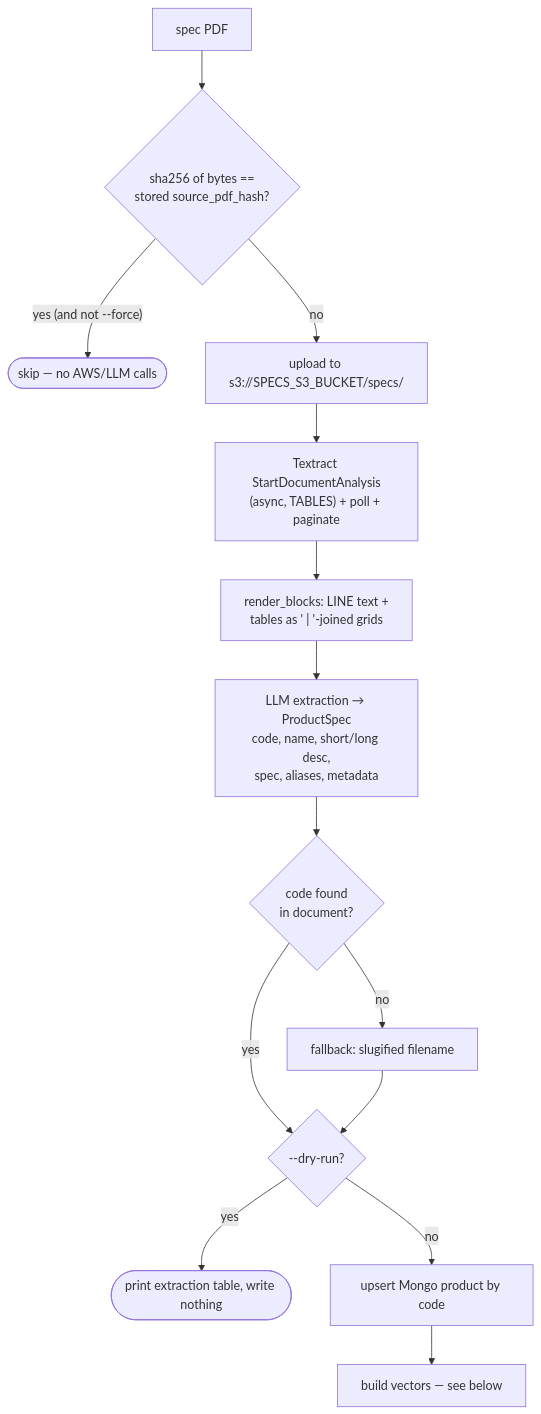
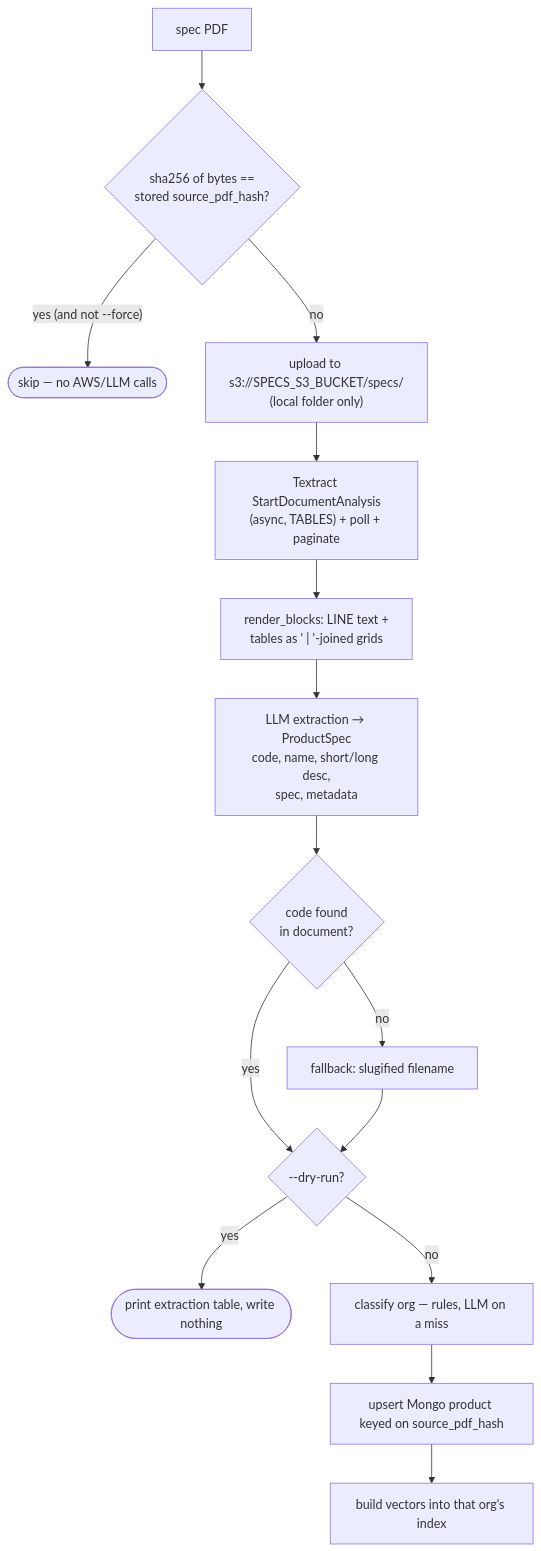
The second of 4 diagrams in docs/embeddings-and-vector-search.md (pranav-tractus/harness_agents), drawn with Mermaid before and after one commit. The commit also changed other lines of this file and 51 other files, not shown here.

````diff
--- a/docs/embeddings-and-vector-search.md
+++ b/docs/embeddings-and-vector-search.md
@@ -45,16 +54,17 @@
 ```mermaid
 flowchart TB
   PDF[spec PDF] --> HASH{"sha256 of bytes ==<br/>stored source_pdf_hash?"}
   HASH -- "yes (and not --force)" --> SKIP(["skip — no AWS/LLM calls"])
-  HASH -- no --> UP["upload to s3://SPECS_S3_BUCKET/specs/"]
+  HASH -- no --> UP["upload to s3://SPECS_S3_BUCKET/specs/<br/>(local folder only)"]
   UP --> TX["Textract StartDocumentAnalysis<br/>(async, TABLES) + poll + paginate"]
   TX --> RENDER["render_blocks: LINE text +<br/>tables as ' | '-joined grids"]
-  RENDER --> LLM["LLM extraction → ProductSpec<br/>code, name, short/long desc,<br/>spec, aliases, metadata"]
+  RENDER --> LLM["LLM extraction → ProductSpec<br/>code, name, short/long desc,<br/>spec, metadata"]
   LLM --> CODE{code found<br/>in document?}
   CODE -- no --> SLUG[fallback: slugified filename]
   CODE -- yes --> DRY
   SLUG --> DRY{"--dry-run?"}
   DRY -- yes --> TABLE([print extraction table, write nothing])
-  DRY -- no --> UPSERT[upsert Mongo product by code]
-  UPSERT --> EMBED[build vectors — see below]
+  DRY -- no --> CLS[classify org — rules, LLM on a miss]
+  CLS --> UPSERT[upsert Mongo product keyed on source_pdf_hash]
+  UPSERT --> EMBED[build vectors into that org's index]
 ```
````
